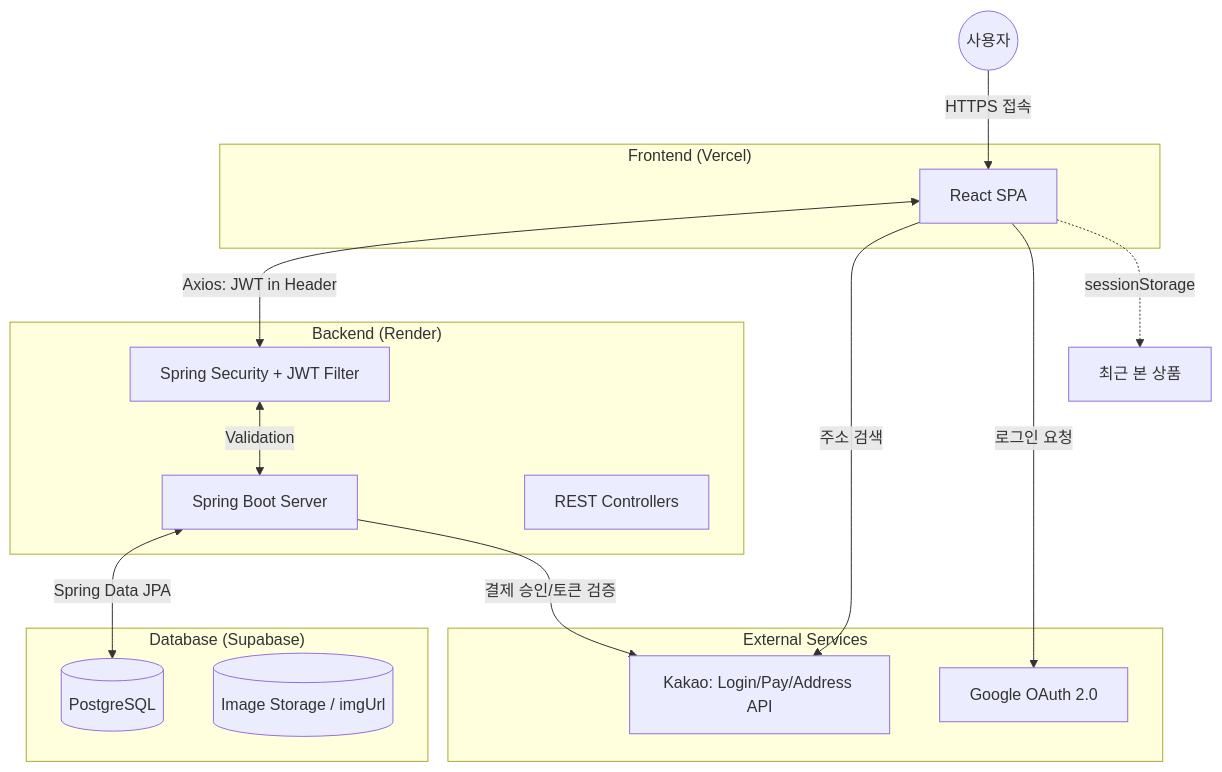
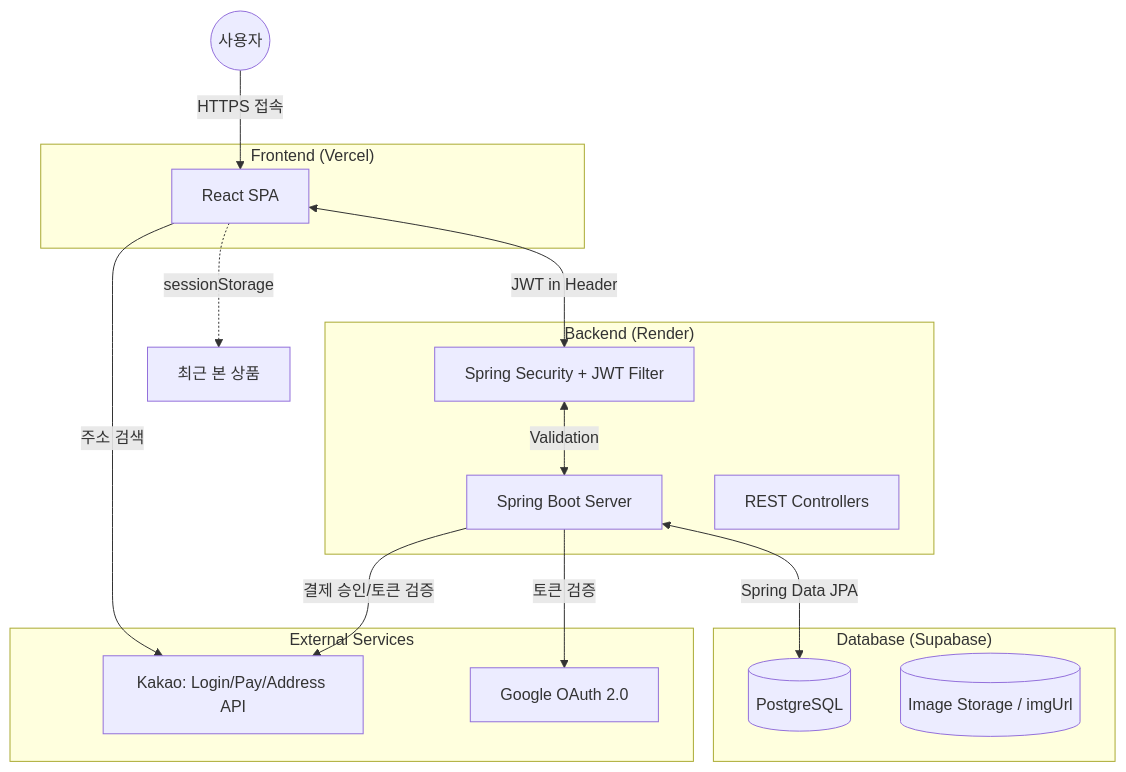
The diagram in README.md (alsdudrj/react-shoe-shop-project), drawn with Mermaid before and after one commit.

````diff
--- a/README.md
+++ b/README.md
@@ -98,35 +98,35 @@
 ```mermaid
 graph TD
     User((사용자))
     
     subgraph "Frontend (Vercel)"
         React[React SPA]
     end
 
     subgraph "Backend (Render)"
         SpringBoot[Spring Boot Server]
         Security[Spring Security + JWT Filter]
         Controller[REST Controllers]
     end
 
     subgraph "Database (Supabase)"
         DB[(PostgreSQL)]
         Storage[(Image Storage / imgUrl)]
     end
 
     subgraph "External Services"
         Kakao[Kakao: Login/Pay/Address API]
         OAuth[Google OAuth 2.0]
     end
 
     User -->|HTTPS 접속| React
-    React <-->|Axios: JWT in Header| Security
+    React <-->|JWT in Header| Security
     Security <-->|Validation| SpringBoot
     SpringBoot <-->|Spring Data JPA| DB
     
     React -- "주소 검색" --> Kakao
-    React -- "로그인 요청" --> OAuth
+    SpringBoot -- "토큰 검증" --> OAuth
     SpringBoot -- "결제 승인/토큰 검증" --> Kakao
     
     React -.->|sessionStorage| Sidebar[최근 본 상품]
 ```
````
